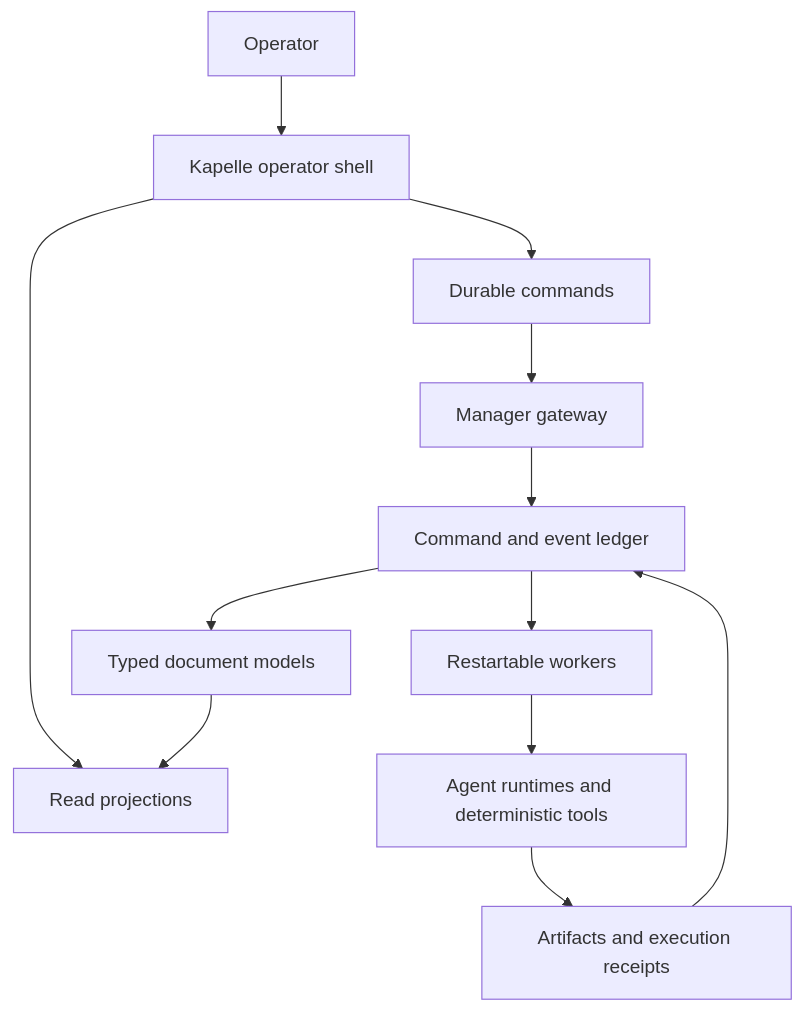
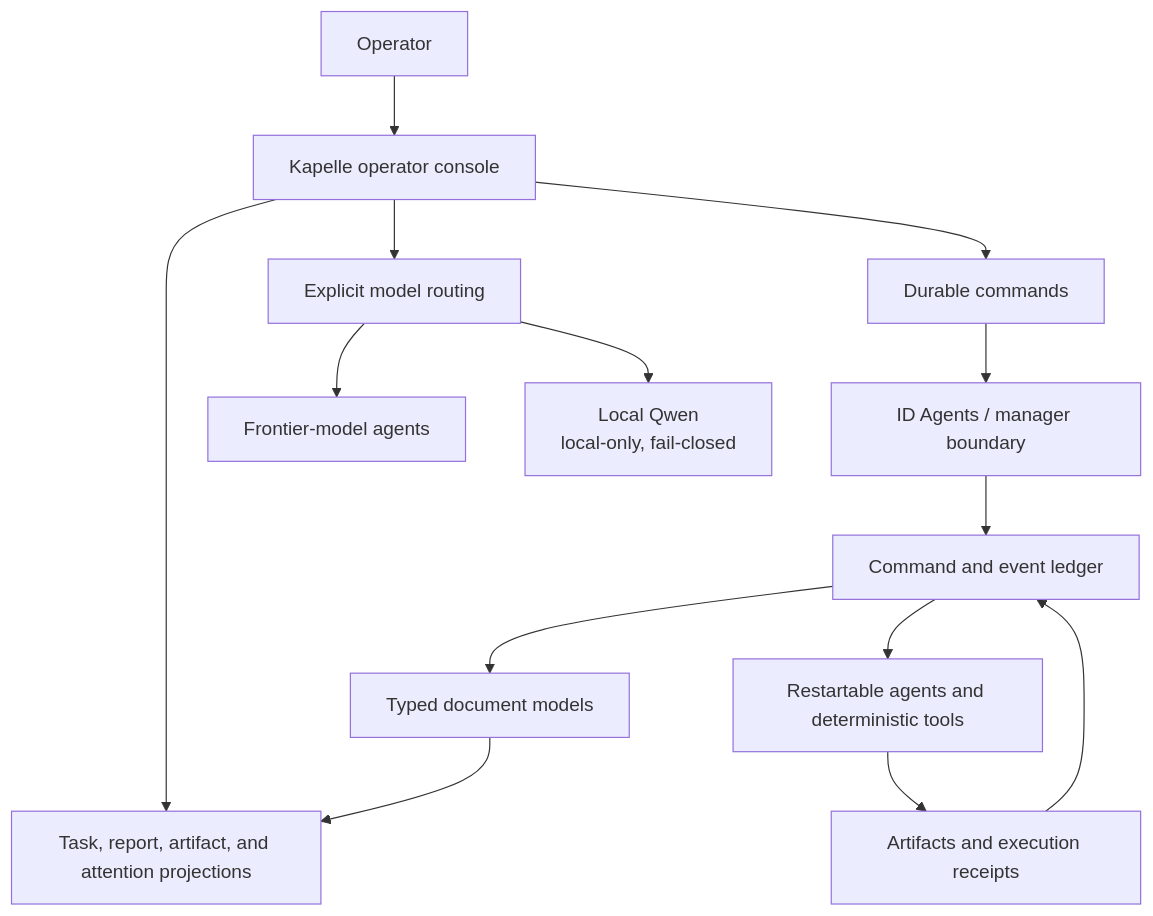
The diagram in README.md (0xkilgore/kapelle-architecture), drawn with Mermaid before and after one commit. The commit also changed other lines of this file and 10 other files, not shown here.

Commit message:
Add public Kapelle system profile and local AI proof

````diff
--- a/README.md
+++ b/README.md
@@ -86,16 +71,19 @@
 ```mermaid
 flowchart TB
-    Human["Operator"] --> Shell["Kapelle operator shell"]
-    Shell --> Read["Read projections"]
-    Shell --> Commands["Durable commands"]
+    Human["Operator"] --> UI["Kapelle operator console"]
+    UI --> Views["Task, report, artifact, and attention projections"]
+    UI --> Commands["Durable commands"]
 
-    Commands --> Gateway["Manager gateway"]
-    Gateway --> Ledger["Command and event ledger"]
-    Ledger --> Workers["Restartable workers"]
-    Workers --> Runtimes["Agent runtimes and deterministic tools"]
-    Runtimes --> Evidence["Artifacts and execution receipts"]
-    Evidence --> Ledger
+    Commands --> Manager["ID Agents / manager boundary"]
+    Manager --> Ledger["Command and event ledger"]
+    Ledger --> Workers["Restartable agents and deterministic tools"]
+    Workers --> Receipts["Artifacts and execution receipts"]
+    Receipts --> Ledger
 
-    Ledger --> Models["Typed document models"]
-    Models --> Read
+    Ledger --> Documents["Typed document models"]
+    Documents --> Views
+
+    UI --> Router["Explicit model routing"]
+    Router --> Frontier["Frontier-model agents"]
+    Router --> Local["Local Qwen\nlocal-only, fail-closed"]
 ```
````
